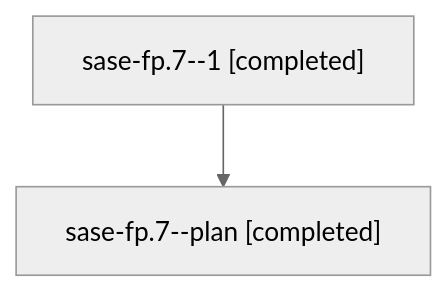
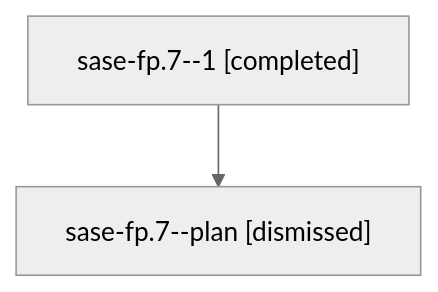
Before and after one commit to sase-org/sase--agents: the diagram in families/bbugyi200.athena.sase-fp.7.md, drawn with Mermaid (neutral theme). The commit also changed other lines of this file and 96 other files, not shown here.

````diff
--- a/families/bbugyi200.athena.sase-fp.7.md
+++ b/families/bbugyi200.athena.sase-fp.7.md
@@ -9,6 +9,6 @@
 ```mermaid
 flowchart TD
   n0["sase-fp.7--1 [completed]"]
-  n1["sase-fp.7--plan [completed]"]
+  n1["sase-fp.7--plan [dismissed]"]
   n0 --> n1
 ```
````
